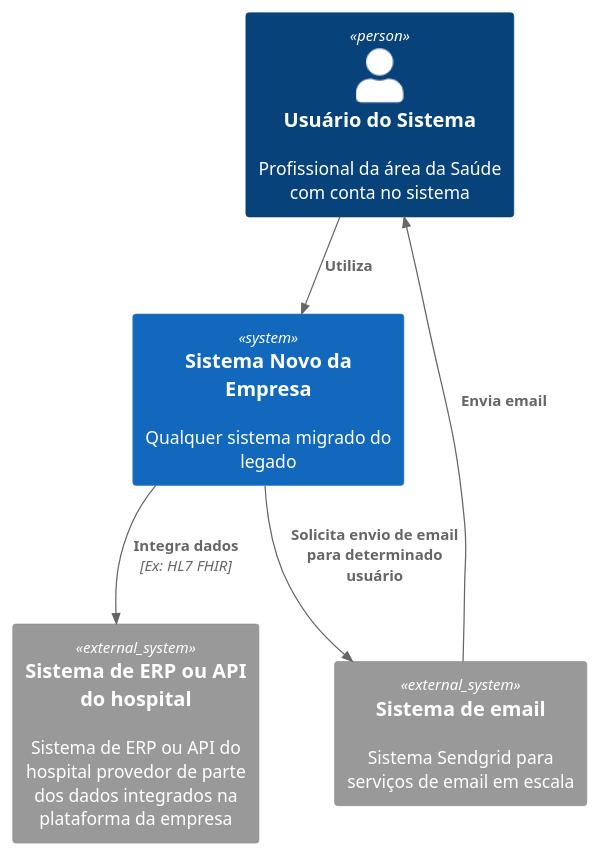
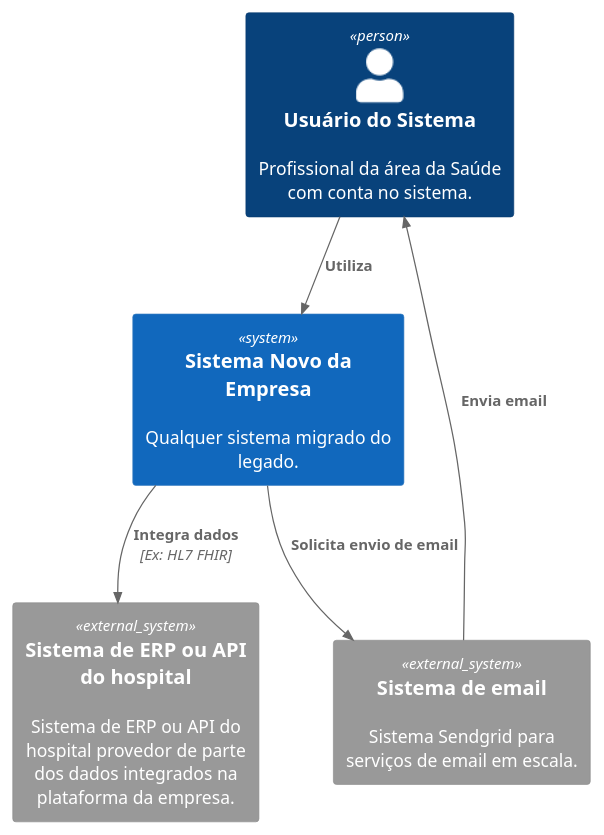
One commit to JeanneLima/PA_IGTI-XPEducacao_ARS_2022 changed the diagram in docs/diagrams/src/c4-context.puml. Above: the diagram before and after it, drawn with PlantUML. The commit also changed 3 other files, not shown here.

Commit message:
feat(docs): adiciona versão com conteúdo base do diagrama de container C4

```diff
--- a/docs/diagrams/src/c4-context.puml
+++ b/docs/diagrams/src/c4-context.puml
@@ -1,13 +1,13 @@
-@startuml C4_Context
+@startuml C4_Model_Context
 !include https://raw.githubusercontent.com/plantuml-stdlib/C4-PlantUML/master/C4_Context.puml
 
-Person(commonUser, "Usuário do Sistema", "Profissional da área da Saúde com conta no sistema")
-System(newSystem, "Sistema Novo da Empresa", "Qualquer sistema migrado do legado")
-System_Ext(externalEmailSystem, "Sistema de email", "Sistema Sendgrid para serviços de email em escala")
-System_Ext(hospitalERPExternalSystem, "Sistema de ERP ou API do hospital", "Sistema de ERP ou API do hospital provedor de parte dos dados integrados na plataforma da empresa")
+Person(commonUser, "Usuário do Sistema", "Profissional da área da Saúde com conta no sistema.")
+System(newSystem, "Sistema Novo da Empresa", "Qualquer sistema migrado do legado.")
+System_Ext(externalEmailSystem, "Sistema de email", "Sistema Sendgrid para serviços de email em escala.")
+System_Ext(hospitalERPExternalSystem, "Sistema de ERP ou API do hospital", "Sistema de ERP ou API do hospital provedor de parte dos dados integrados na plataforma da empresa.")
 
 Rel(commonUser, newSystem, "Utiliza")
 Rel(newSystem, hospitalERPExternalSystem, "Integra dados", "Ex: HL7 FHIR")
-Rel(newSystem, externalEmailSystem, "Solicita envio de email para determinado usuário")
+Rel(newSystem, externalEmailSystem, "Solicita envio de email")
 Rel(externalEmailSystem, commonUser, "Envia email")
 @enduml
```
